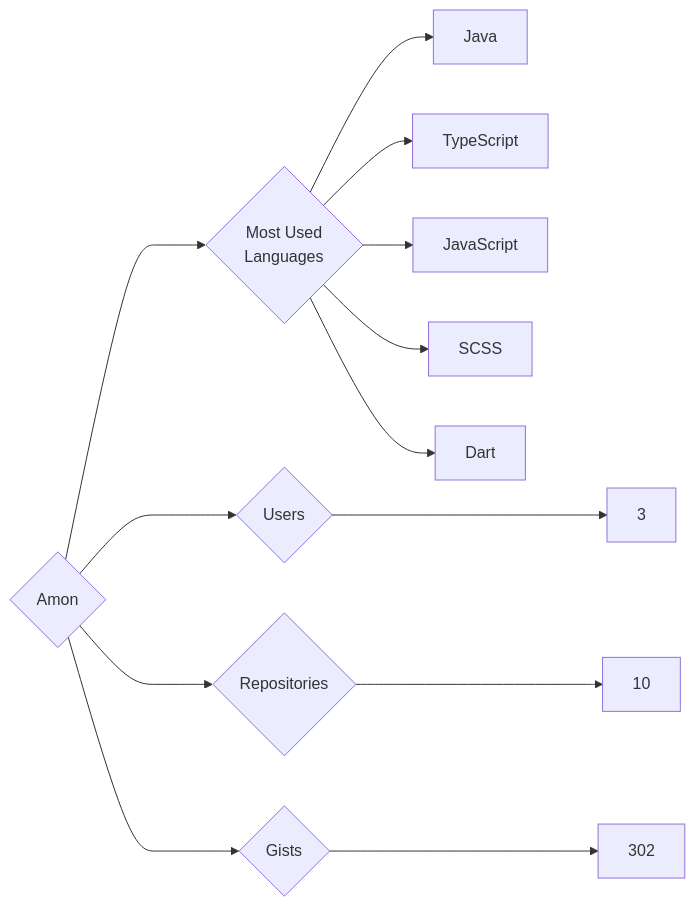
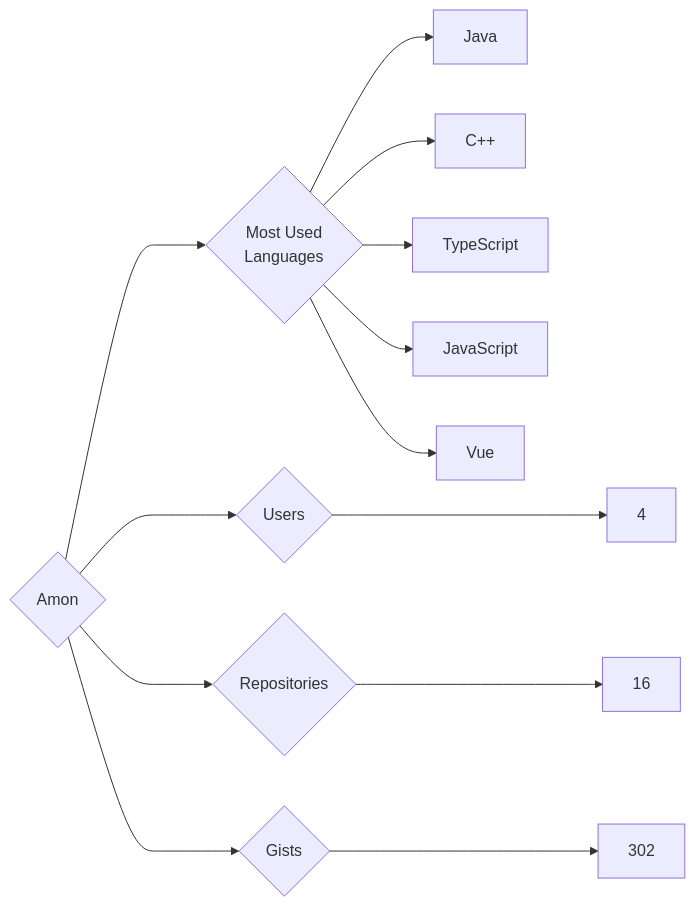
One commit to trickest/insiders changed the diagram in targets/Amon/README.md. Above: the diagram before and after it, drawn with Mermaid. The commit also changed 938 other files, not shown here.

````diff
--- a/targets/Amon/README.md
+++ b/targets/Amon/README.md
@@ -3,13 +3,13 @@
 ```mermaid
 graph LR
 COMPANY_NAME{Amon}
-COMPANY_NAME ---> U{Users} ---> UN[3]
-COMPANY_NAME ---> R{Repositories} ---> RN[10]
+COMPANY_NAME ---> U{Users} ---> UN[4]
+COMPANY_NAME ---> R{Repositories} ---> RN[16]
 COMPANY_NAME ---> G{Gists} ---> GN[302]
 COMPANY_NAME ---> ML{Most Used<br>Languages}
 ML --> Java[Java]
+ML --> C++[C++]
 ML --> TypeScript[TypeScript]
 ML --> JavaScript[JavaScript]
-ML --> SCSS[SCSS]
-ML --> Dart[Dart]
+ML --> Vue[Vue]
 ```
````
